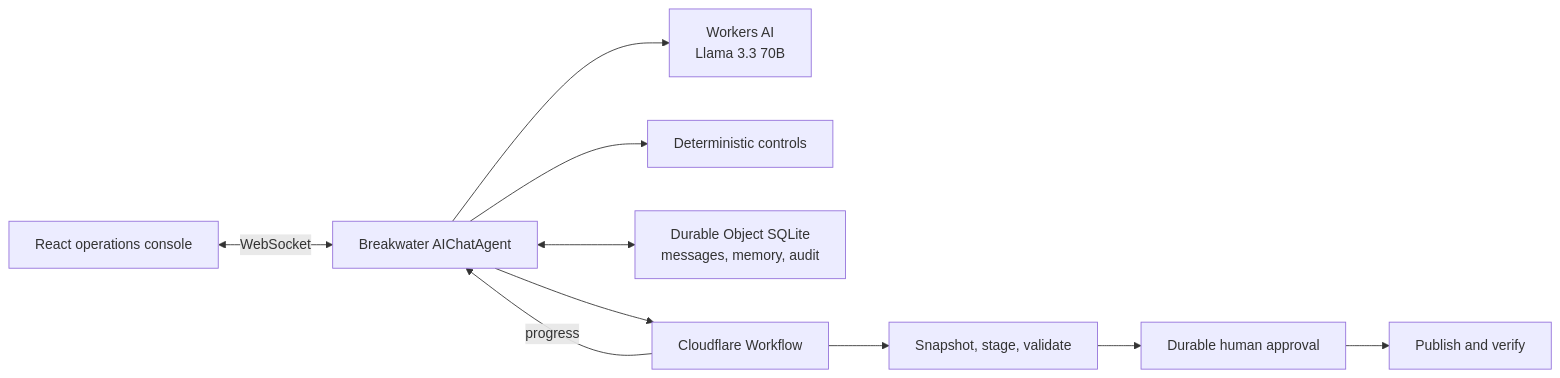
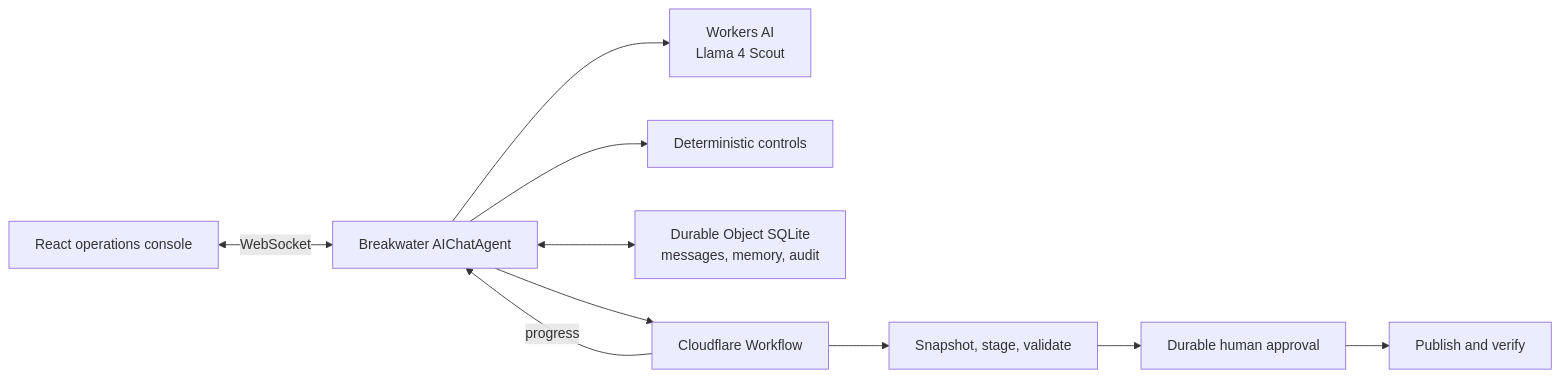
Before and after one commit to jas32096/breakwater: the diagram in README.md, drawn with Mermaid. The commit also changed other lines of this file and 7 other files, not shown here.

````diff
--- a/README.md
+++ b/README.md
@@ -30,12 +30,12 @@
 ```mermaid
 flowchart LR
   UI[React operations console] <-->|WebSocket| A[Breakwater AIChatAgent]
-  A --> L[Workers AI<br/>Llama 3.3 70B]
+  A --> L[Workers AI<br/>Llama 4 Scout]
   A --> C[Deterministic controls]
   A <--> S[Durable Object SQLite<br/>messages, memory, audit]
   A --> W[Cloudflare Workflow]
   W --> V[Snapshot, stage, validate]
   V --> H[Durable human approval]
   H --> P[Publish and verify]
   W -->|progress| A
 ```
````
